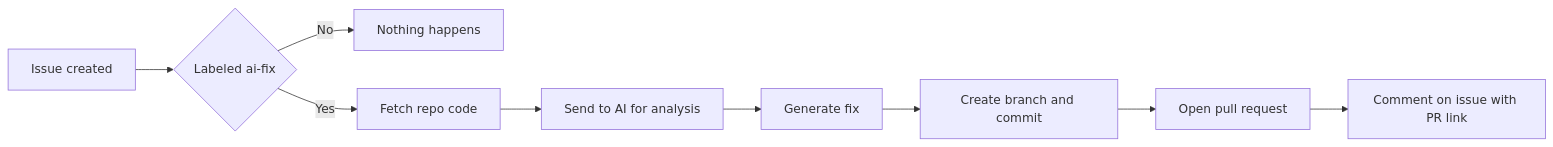
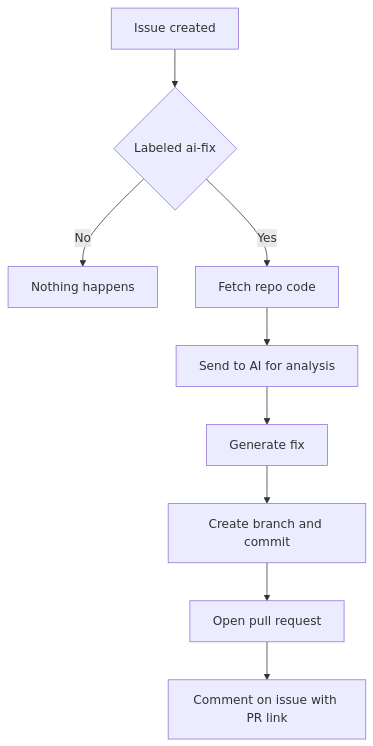
The diagram in README.md (Nixxx19/ghostfix), drawn with Mermaid before and after one commit.

Commit message:
make mermaid diagram vertical

````diff
--- a/README.md
+++ b/README.md
@@ -13,11 +13,11 @@
 ```mermaid
-graph LR
+graph TD
     A[Issue created] --> B{Labeled ai-fix}
     B -- No --> C[Nothing happens]
     B -- Yes --> D[Fetch repo code]
     D --> E[Send to AI for analysis]
     E --> F[Generate fix]
     F --> G[Create branch and commit]
     G --> H[Open pull request]
     H --> I[Comment on issue with PR link]
 ```
````
